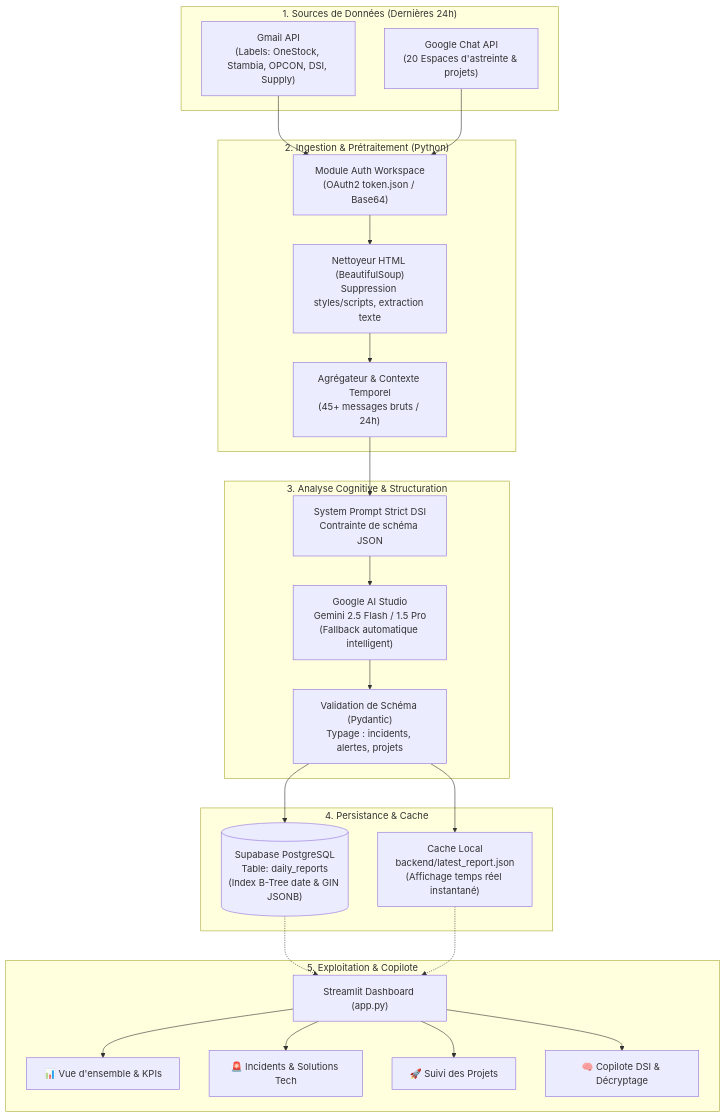
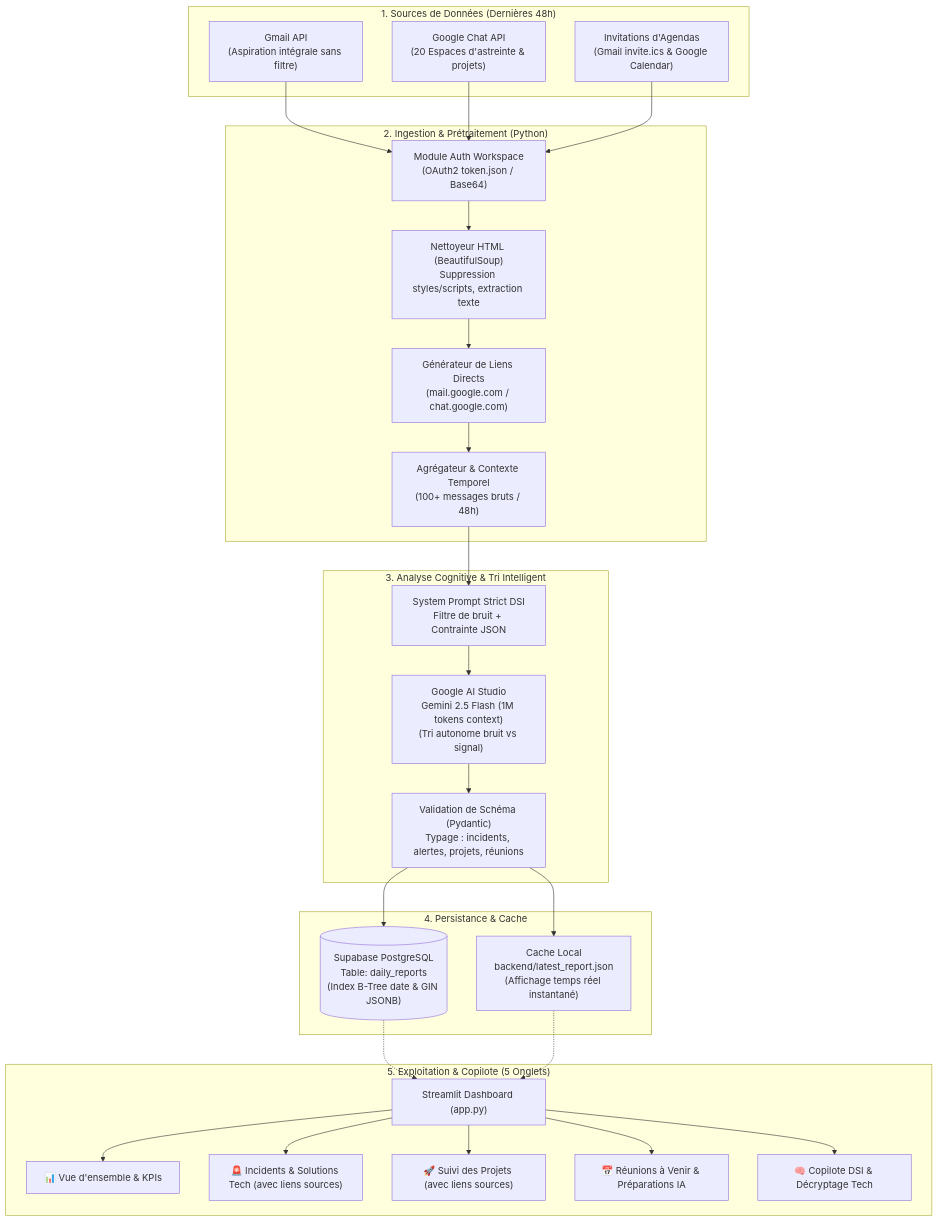
Before and after one commit to GDM-Christopher/chris_assistante: the diagram in SYNTHESE_GLOBALE_ARCHITECTURE.md, drawn with Mermaid. The commit also changed other lines of this file and 2 other files, not shown here.

Commit message:
docs: update all markdown documentation with 5-tab architecture, full inbox ingestion, source links, and meeting briefing engine

````diff
--- a/SYNTHESE_GLOBALE_ARCHITECTURE.md
+++ b/SYNTHESE_GLOBALE_ARCHITECTURE.md
@@ -62,48 +66,54 @@
 ```mermaid
 flowchart TD
-    subgraph Sources ["1. Sources de Données (Dernières 24h)"]
-        GMAIL["Gmail API\n(Labels: OneStock, Stambia, OPCON, DSI, Supply)"]
+    subgraph Sources ["1. Sources de Données (Dernières 48h)"]
+        GMAIL["Gmail API\n(Aspiration intégrale sans filtre)"]
         GCHAT["Google Chat API\n(20 Espaces d'astreinte & projets)"]
+        GCAL["Invitations d'Agendas\n(Gmail invite.ics & Google Calendar)"]
     end
 
     subgraph Ingestion ["2. Ingestion & Prétraitement (Python)"]
         AUTH["Module Auth Workspace\n(OAuth2 token.json / Base64)"]
         HTML_CLEAN["Nettoyeur HTML (BeautifulSoup)\nSuppression styles/scripts, extraction texte"]
-        MERGE["Agrégateur & Contexte Temporel\n(45+ messages bruts / 24h)"]
+        URL_GEN["Générateur de Liens Directs\n(mail.google.com / chat.google.com)"]
+        MERGE["Agrégateur & Contexte Temporel\n(100+ messages bruts / 48h)"]
     end
 
-    subgraph Cognitive ["3. Analyse Cognitive & Structuration"]
-        PROMPT["System Prompt Strict DSI\nContrainte de schéma JSON"]
-        GEMINI["Google AI Studio\nGemini 2.5 Flash / 1.5 Pro\n(Fallback automatique intelligent)"]
-        VALIDATION["Validation de Schéma (Pydantic)\nTypage : incidents, alertes, projets"]
+    subgraph Cognitive ["3. Analyse Cognitive & Tri Intelligent"]
+        PROMPT["System Prompt Strict DSI\nFiltre de bruit + Contrainte JSON"]
+        GEMINI["Google AI Studio\nGemini 2.5 Flash (1M tokens context)\n(Tri autonome bruit vs signal)"]
+        VALIDATION["Validation de Schéma (Pydantic)\nTypage : incidents, alertes, projets, réunions"]
     end
 
     subgraph Storage ["4. Persistance & Cache"]
         SUPABASE[("Supabase PostgreSQL\nTable: daily_reports\n(Index B-Tree date & GIN JSONB)")]
         LOCAL_CACHE["Cache Local\nbackend/latest_report.json\n(Affichage temps réel instantané)"]
     end
 
-    subgraph UI ["5. Exploitation & Copilote"]
+    subgraph UI ["5. Exploitation & Copilote (5 Onglets)"]
         STREAMLIT["Streamlit Dashboard (app.py)"]
         TAB1["📊 Vue d'ensemble & KPIs"]
-        TAB2["🚨 Incidents & Solutions Tech"]
-        TAB3["🚀 Suivi des Projets"]
-        TAB4["🧠 Copilote DSI & Décryptage"]
+        TAB2["🚨 Incidents & Solutions Tech (avec liens sources)"]
+        TAB3["🚀 Suivi des Projets (avec liens sources)"]
+        TAB4["📅 Réunions à Venir & Préparations IA"]
+        TAB5["🧠 Copilote DSI & Décryptage Tech"]
     end
 
     GMAIL --> AUTH
     GCHAT --> AUTH
+    GCAL --> AUTH
     AUTH --> HTML_CLEAN
-    HTML_CLEAN --> MERGE
+    HTML_CLEAN --> URL_GEN
+    URL_GEN --> MERGE
     MERGE --> PROMPT
     PROMPT --> GEMINI
     GEMINI --> VALIDATION
     VALIDATION --> SUPABASE
     VALIDATION --> LOCAL_CACHE
     SUPABASE -.-> STREAMLIT
     LOCAL_CACHE -.-> STREAMLIT
     STREAMLIT --> TAB1
     STREAMLIT --> TAB2
     STREAMLIT --> TAB3
     STREAMLIT --> TAB4
+    STREAMLIT --> TAB5
 ```
````
